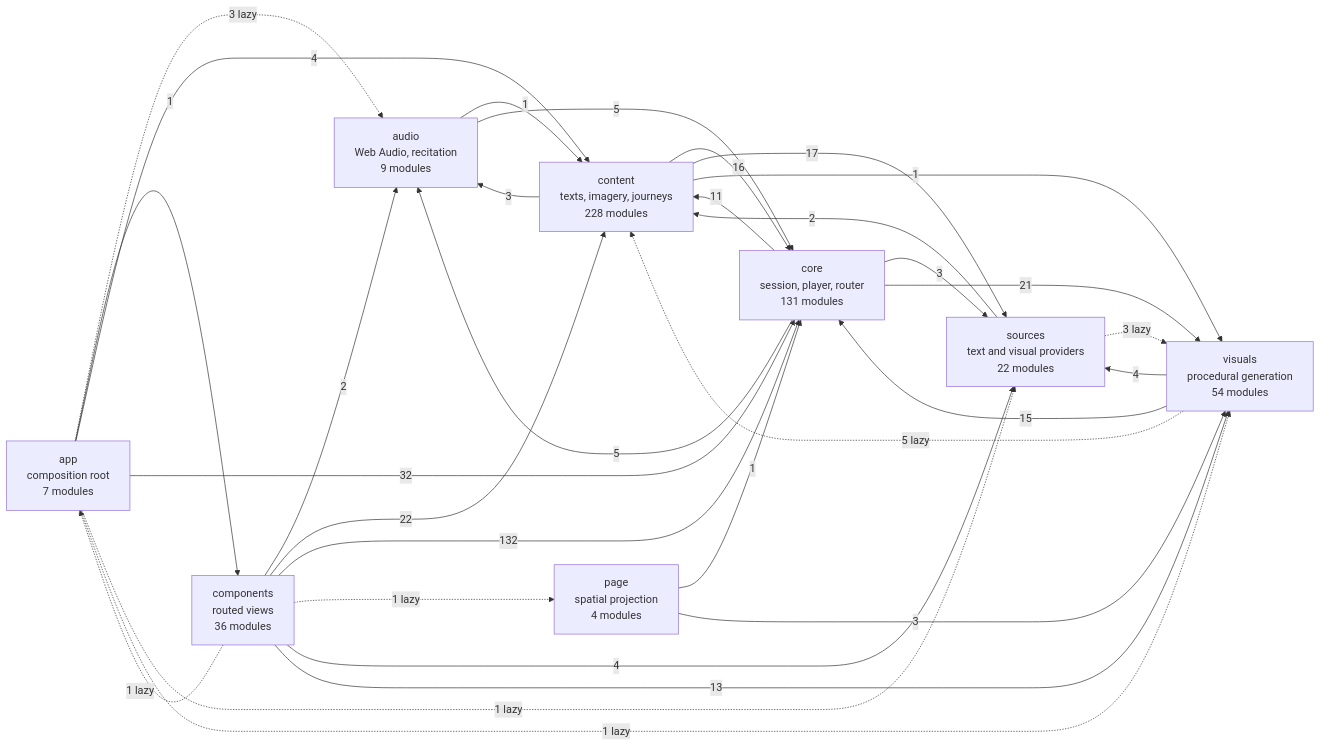
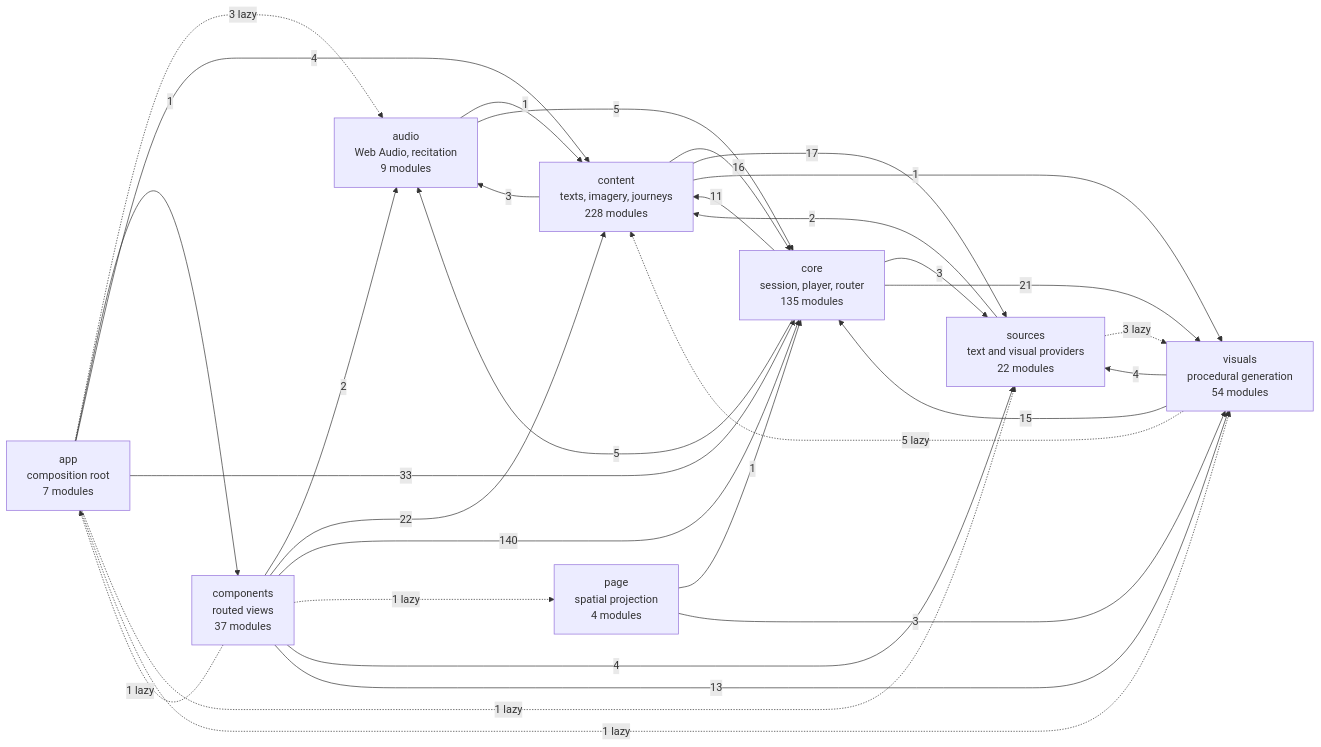
Before and after one commit to SyberLabs/RISE: the diagram in docs/specs/ARCHITECTURE.md, drawn with Mermaid. The commit also changed other lines of this file and 43 other files, not shown here.

````diff
--- a/docs/specs/ARCHITECTURE.md
+++ b/docs/specs/ARCHITECTURE.md
@@ -160,42 +160,42 @@
 ```mermaid
 flowchart LR
     app["app<br/>composition root<br/>7 modules"]
     audio["audio<br/>Web Audio, recitation<br/>9 modules"]
-    components["components<br/>routed views<br/>36 modules"]
+    components["components<br/>routed views<br/>37 modules"]
     content["content<br/>texts, imagery, journeys<br/>228 modules"]
-    core["core<br/>session, player, router<br/>131 modules"]
+    core["core<br/>session, player, router<br/>135 modules"]
     page["page<br/>spatial projection<br/>4 modules"]
     sources["sources<br/>text and visual providers<br/>22 modules"]
     visuals["visuals<br/>procedural generation<br/>54 modules"]
 
     app -.-> |3 lazy| audio
     app --> |1| components
     app --> |4| content
-    app --> |32| core
+    app --> |33| core
     app -.-> |1 lazy| sources
     app -.-> |1 lazy| visuals
     audio --> |1| content
     audio --> |5| core
     components -.-> |1 lazy| app
     components --> |2| audio
     components --> |22| content
-    components --> |132| core
+    components --> |140| core
     components -.-> |1 lazy| page
     components --> |4| sources
     components --> |13| visuals
     content --> |3| audio
     content --> |16| core
     content --> |17| sources
     content --> |1| visuals
     core --> |5| audio
     core --> |11| content
     core --> |3| sources
     core --> |21| visuals
     page --> |1| core
     page --> |3| visuals
     sources --> |2| content
     sources -.-> |3 lazy| visuals
     visuals -.-> |5 lazy| content
     visuals --> |15| core
     visuals --> |4| sources
 ```
````
